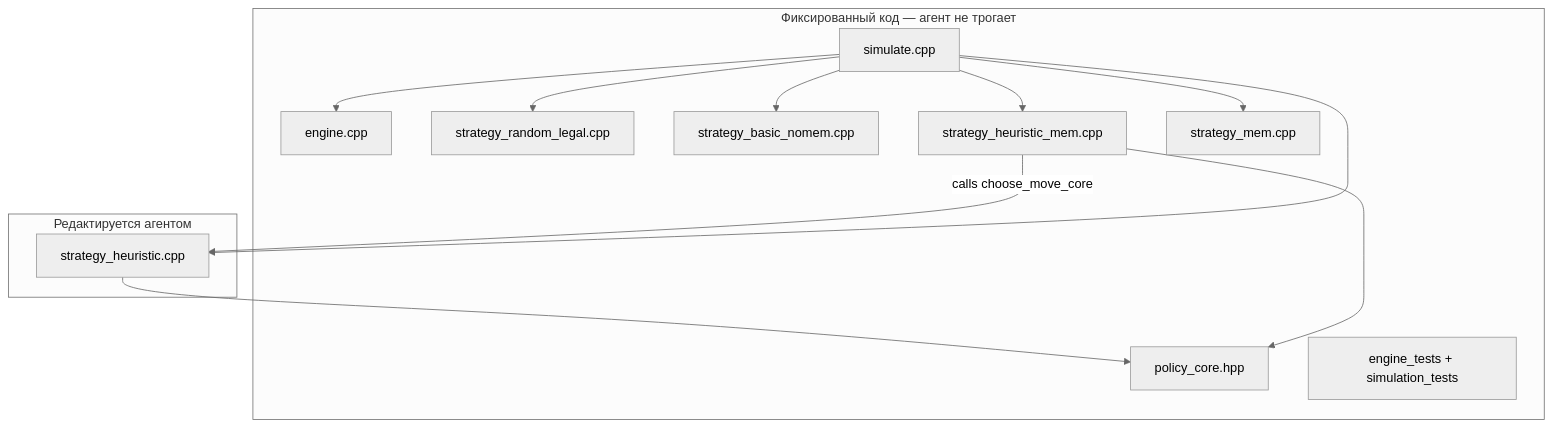
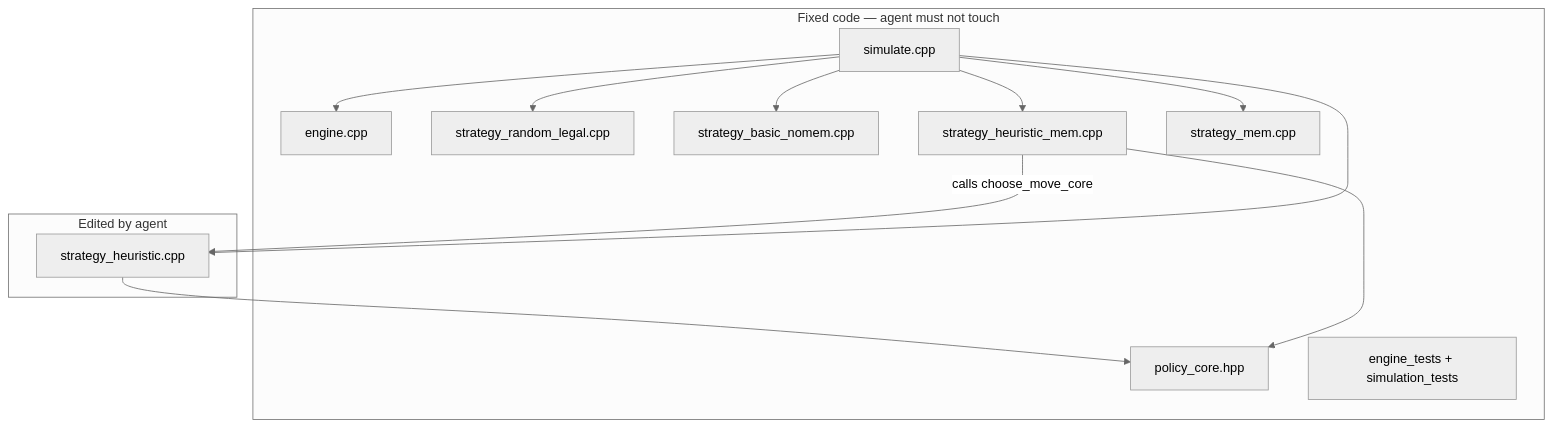
Before and after one commit to vinnik-dmitry07/autoresearch: the diagram in plan.md, drawn with Mermaid (neutral theme). The commit also changed other lines of this file and 81 other files, not shown here.

````diff
--- a/plan.md
+++ b/plan.md
@@ -62,25 +65,25 @@
 ```mermaid
 flowchart TB
-  subgraph fixed [Фиксированный код — агент не трогает]
+  subgraph fixed [Fixed code — agent must not touch]
     Engine[engine.cpp]
     PolicyAPI[policy_core.hpp]
     Sim[simulate.cpp]
     B0[strategy_random_legal.cpp]
     B1[strategy_basic_nomem.cpp]
     B3[strategy_heuristic_mem.cpp]
     B4[strategy_mem.cpp]
     Tests[engine_tests + simulation_tests]
   end
-  subgraph editable [Редактируется агентом]
+  subgraph editable [Edited by agent]
     B2[strategy_heuristic.cpp]
   end
   B2 --> PolicyAPI
   B3 --> PolicyAPI
   B3 -->|"calls choose_move_core"| B2
   Sim --> Engine
   Sim --> B0
   Sim --> B1
   Sim --> B2
   Sim --> B3
   Sim --> B4
 ```
````
